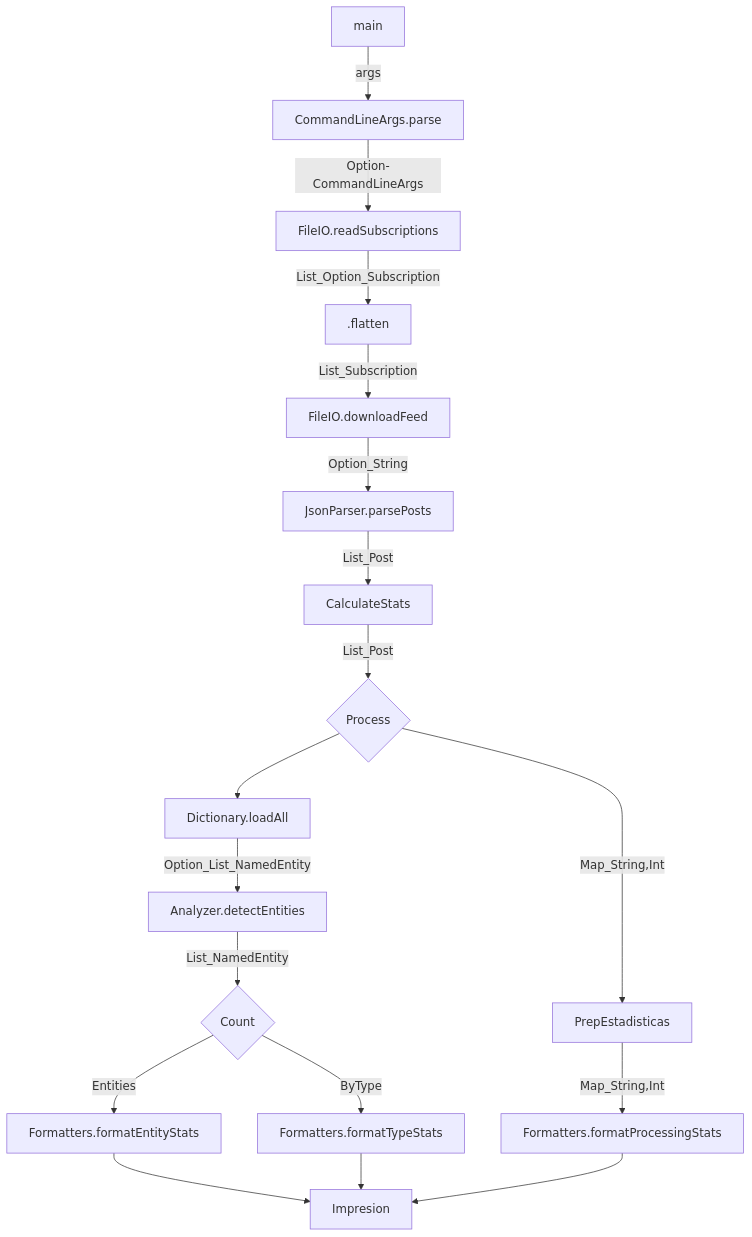
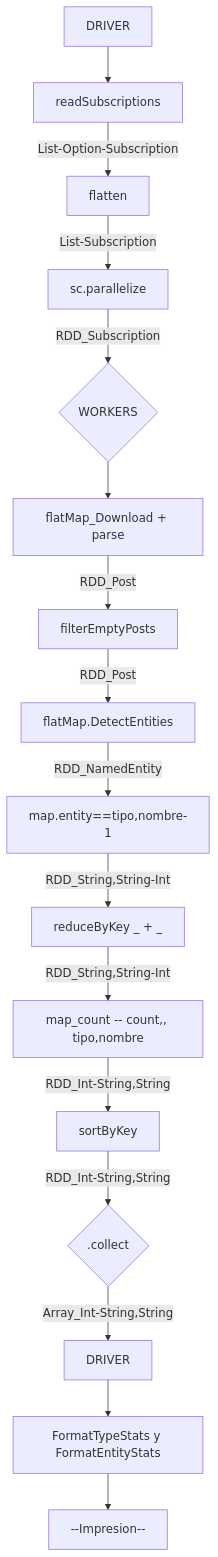
The diagram in Informe.md (EmirJoel/paradigmas26-lab3-g27), drawn with Mermaid before and after one commit.

Commit message:
docs(Informe): arreglo grafo de flujo

````diff
--- a/Informe.md
+++ b/Informe.md
@@ -8,20 +8,18 @@
 ```mermaid
-graph TD
-  A[main] -->|args| B[CommandLineArgs.parse]
-  B --> |Option-CommandLineArgs| C[FileIO.readSubscriptions]
-  C --> |List_Option_Subscription|D[.flatten]
-  D --> |List_Subscription|E[FileIO.downloadFeed]
-  E --> |Option_String|F[JsonParser.parsePosts]
-  F --> |List_Post|H[CalculateStats]
-  H --> |List_Post|Hn{Process}
-  Hn --> |Map_String,Int|HA[PrepEstadisticas]
-  HA --> |Map_String,Int|HB[Formatters.formatProcessingStats]
-  Hn --> Ha[Dictionary.loadAll]
-  Ha --> |Option_List_NamedEntity|Hc[Analyzer.detectEntities]
-  Hc --> |List_NamedEntity|Hd{Count}
-  Hd --> |Entities| Id[Formatters.formatEntityStats]
-  Hd --> |ByType| Jd[Formatters.formatTypeStats]
-  Id --> ZZ[Impresion]
-  Jd --> ZZ[Impresion]
-  HB --> ZZ[Impresion]
+  graph TD 
+  A[DRIVER] --> B[readSubscriptions] 
+  B -->|List-Option-Subscription| C[flatten] 
+  C -->|List-Subscription| D[sc.parallelize] 
+  D -->|RDD_Subscription| E{WORKERS} 
+  E --> F[flatMap_Download + parse] 
+  F -->|RDD_Post|G[filterEmptyPosts] 
+  G -->|RDD_Post|H[flatMap.DetectEntities] 
+  H -->|RDD_NamedEntity|I[map.entity==tipo,nombre-1] 
+  I -->|RDD_String,String-Int|J[reduceByKey _ + _] 
+  J -->|RDD_String,String-Int|K[map_count -- count,, tipo,nombre] 
+  K -->|RDD_Int-String,String| L[sortByKey] 
+  L -->|RDD_Int-String,String| M{.collect} 
+  M -->|Array_Int-String,String| N[DRIVER] 
+  N --> O[FormatTypeStats y FormatEntityStats] 
+  O --> P[--Impresion--]
 ```
````
